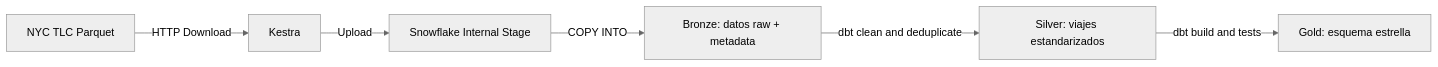
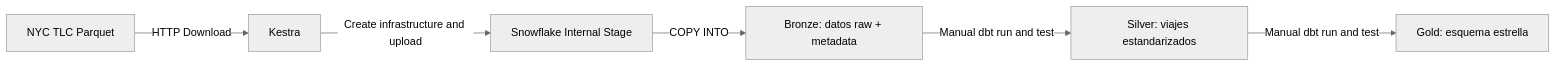
Before and after one commit to RazorJDCZ/Ciencia-de-datos: the first of 2 diagrams in Laboratorios/Semana-07/README.md, drawn with Mermaid (neutral theme). The commit also changed other lines of this file and 4 other files, not shown here.

````diff
--- a/Laboratorios/Semana-07/README.md
+++ b/Laboratorios/Semana-07/README.md
@@ -8,8 +9,8 @@
 ```mermaid
 flowchart LR
     TLC[NYC TLC Parquet] -->|HTTP Download| K[Kestra]
-    K -->|Upload| STAGE[Snowflake Internal Stage]
+    K -->|Create infrastructure and upload| STAGE[Snowflake Internal Stage]
     STAGE -->|COPY INTO| B[Bronze: datos raw + metadata]
-    B -->|dbt clean and deduplicate| S[Silver: viajes estandarizados]
-    S -->|dbt build and tests| G[Gold: esquema estrella]
+    B -->|Manual dbt run and test| S[Silver: viajes estandarizados]
+    S -->|Manual dbt run and test| G[Gold: esquema estrella]
 ```
````
